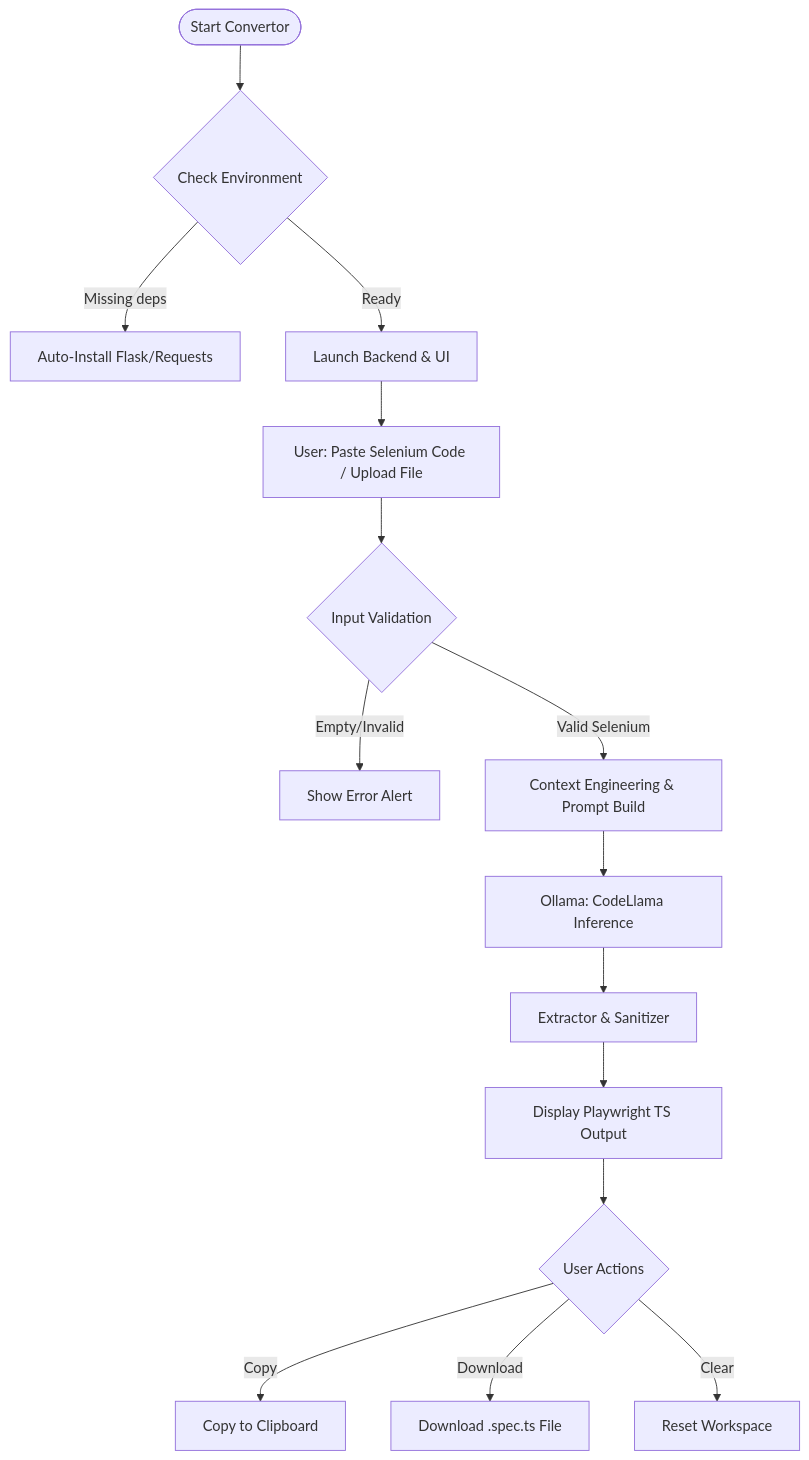
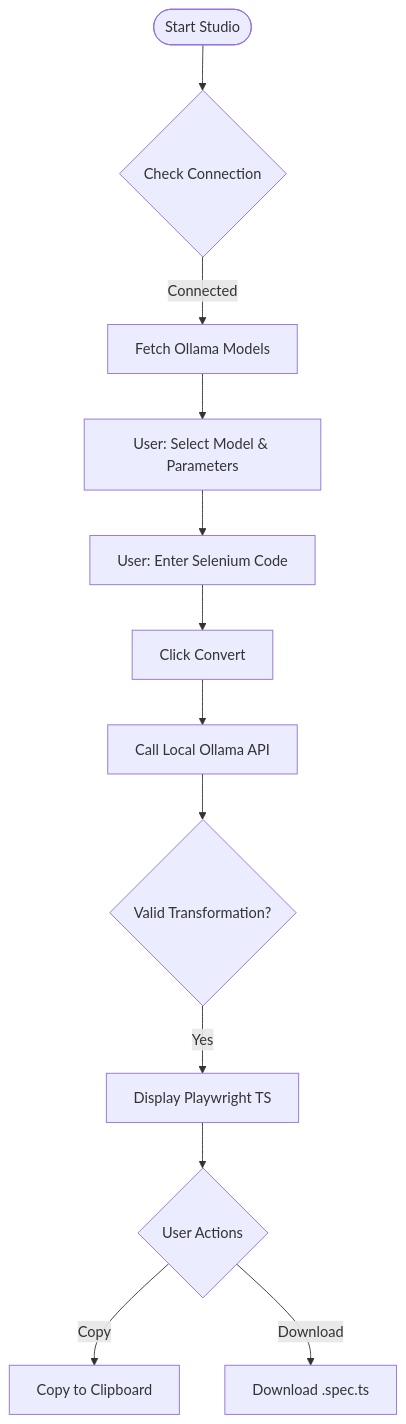
The diagram in README.md (sakhi-shraddha-sst/AI-Selenium2Playwright-NativeLLM), drawn with Mermaid before and after one commit. The commit also changed other lines of this file, not shown here.

````diff
--- a/README.md
+++ b/README.md
@@ -12,21 +11,16 @@
 ```mermaid
 flowchart TD
-    Start([Start Convertor]) --> Env{Check Environment}
-    Env -- Missing deps --> Install[Auto-Install Flask/Requests]
-    Env -- Ready --> Serve[Launch Backend & UI]
+    Start([Start Studio]) --> Conn{Check Connection}
+    Conn -- Connected --> Fetch[Fetch Ollama Models]
+    Fetch --> Config[User: Select Model & Parameters]
+    Config --> Input[User: Enter Selenium Code]
+    Input --> Gen[Click Convert]
     
-    Serve --> Input[User: Paste Selenium Code / Upload File]
-    Input --> Validate{Input Validation}
+    Gen --> API[Call Local Ollama API]
+    API --> Parse{Valid Transformation?}
     
-    Validate -- Empty/Invalid --> Error[Show Error Alert]
-    Validate -- Valid Selenium --> Prompt[Context Engineering & Prompt Build]
-    
-    Prompt --> Inference[Ollama: CodeLlama Inference]
-    Inference --> Post[Extractor & Sanitizer]
-    
-    Post --> Render[Display Playwright TS Output]
+    Parse -- Yes --> Render[Display Playwright TS]
     Render --> Actions{User Actions}
     Actions -->|Copy| Clipboard[Copy to Clipboard]
-    Actions -->|Download| File[Download .spec.ts File]
-    Actions -->|Clear| Reset[Reset Workspace]
+    Actions -->|Download| Export[Download .spec.ts]
 ```
````
